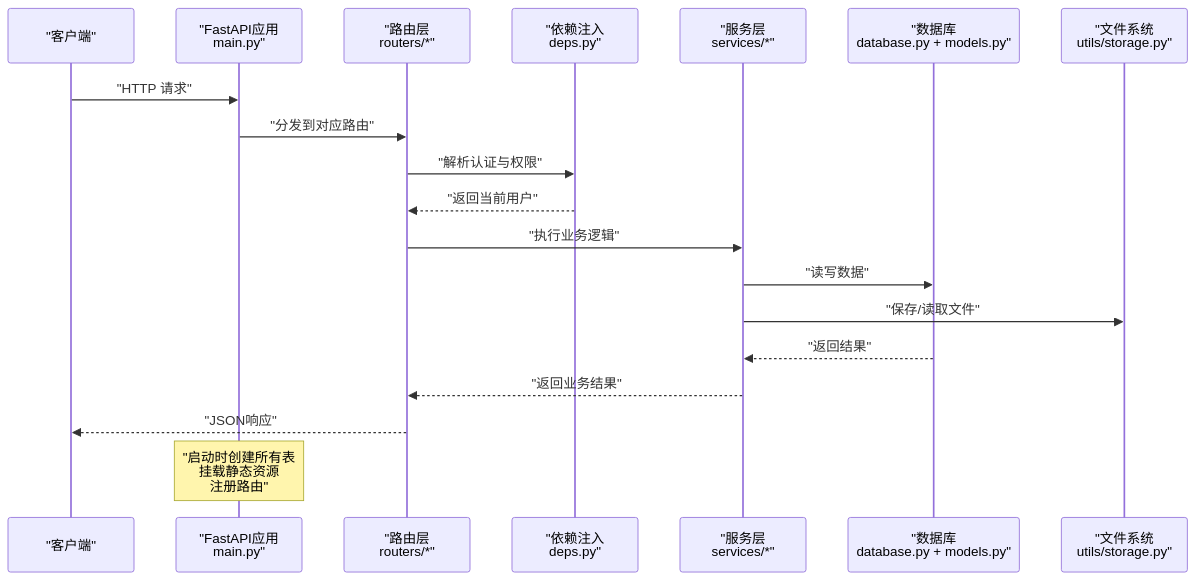
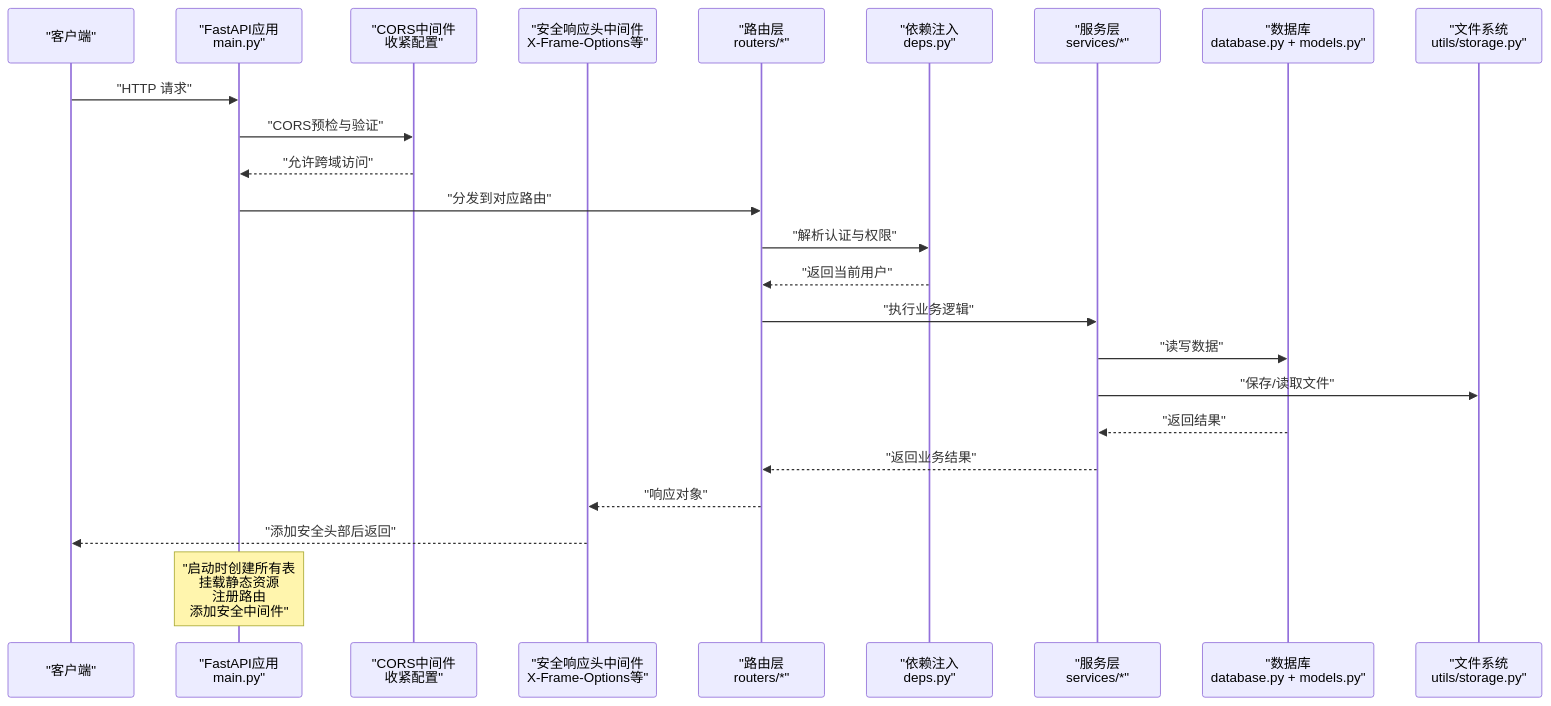
One commit to onebody/homework changed the second of 7 diagrams in .qoder/repowiki/zh/content/暑假作业打卡系统/后端服务架构/FastAPI应用核心.md. Above: the diagram before and after it, drawn with Mermaid. The commit also changed other lines of this file and 14 other files, not shown here.

````diff
--- a/.qoder/repowiki/zh/content/暑假作业打卡系统/后端服务架构/FastAPI应用核心.md
+++ b/.qoder/repowiki/zh/content/暑假作业打卡系统/后端服务架构/FastAPI应用核心.md
@@ -117,21 +126,26 @@
 ```mermaid
 sequenceDiagram
 participant Client as "客户端"
 participant App as "FastAPI应用<br/>main.py"
+participant CORS as "CORS中间件<br/>收紧配置"
+participant Security as "安全响应头中间件<br/>X-Frame-Options等"
 participant Router as "路由层<br/>routers/*"
 participant Deps as "依赖注入<br/>deps.py"
 participant Service as "服务层<br/>services/*"
 participant DB as "数据库<br/>database.py + models.py"
 participant FS as "文件系统<br/>utils/storage.py"
 Client->>App : "HTTP 请求"
+App->>CORS : "CORS预检与验证"
+CORS-->>App : "允许跨域访问"
 App->>Router : "分发到对应路由"
 Router->>Deps : "解析认证与权限"
 Deps-->>Router : "返回当前用户"
 Router->>Service : "执行业务逻辑"
 Service->>DB : "读写数据"
 Service->>FS : "保存/读取文件"
 DB-->>Service : "返回结果"
 Service-->>Router : "返回业务结果"
-Router-->>Client : "JSON响应"
-Note over App : "启动时创建所有表<br/>挂载静态资源<br/>注册路由"
+Router-->>Security : "响应对象"
+Security-->>Client : "添加安全头部后返回"
+Note over App : "启动时创建所有表<br/>挂载静态资源<br/>注册路由<br/>添加安全中间件"
 ```
````
